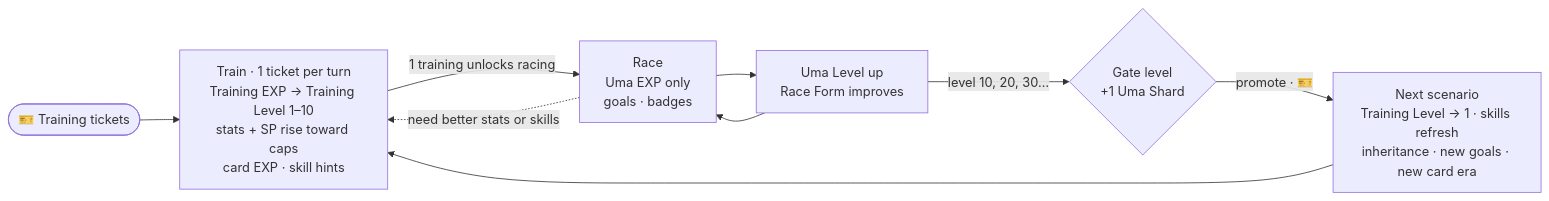
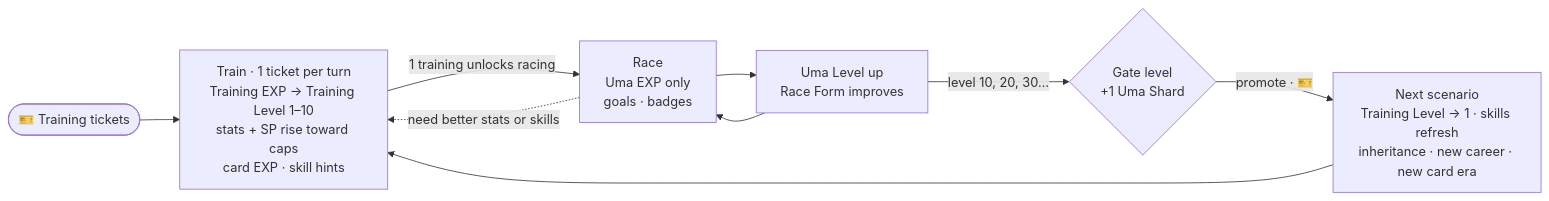
Before and after one commit to luismlorenzana/uma-racer: the first of 2 diagrams in docs/design/00-overview.md, drawn with Mermaid. The commit also changed other lines of this file and 44 other files, not shown here.

````diff
--- a/docs/design/00-overview.md
+++ b/docs/design/00-overview.md
@@ -27,11 +27,11 @@
 ```mermaid
 flowchart LR
     Tix([🎫 Training tickets]) --> Train
     Train["Train · 1 ticket per turn<br/>Training EXP → Training Level 1–10<br/>stats + SP rise toward caps<br/>card EXP · skill hints"] -->|"1 training unlocks racing"| Race
     Race["Race<br/>Uma EXP only<br/>goals · badges"] --> LevelUp["Uma Level up<br/>Race Form improves"]
     LevelUp --> Race
     Race -.->|"need better stats or skills"| Train
     LevelUp -->|"level 10, 20, 30…"| Gate{"Gate level<br/>+1 Uma Shard"}
-    Gate -->|"promote · 🎫"| Next["Next scenario<br/>Training Level → 1 · skills refresh<br/>inheritance · new goals · new card era"]
+    Gate -->|"promote · 🎫"| Next["Next scenario<br/>Training Level → 1 · skills refresh<br/>inheritance · new career · new card era"]
     Next --> Train
 ```
````
